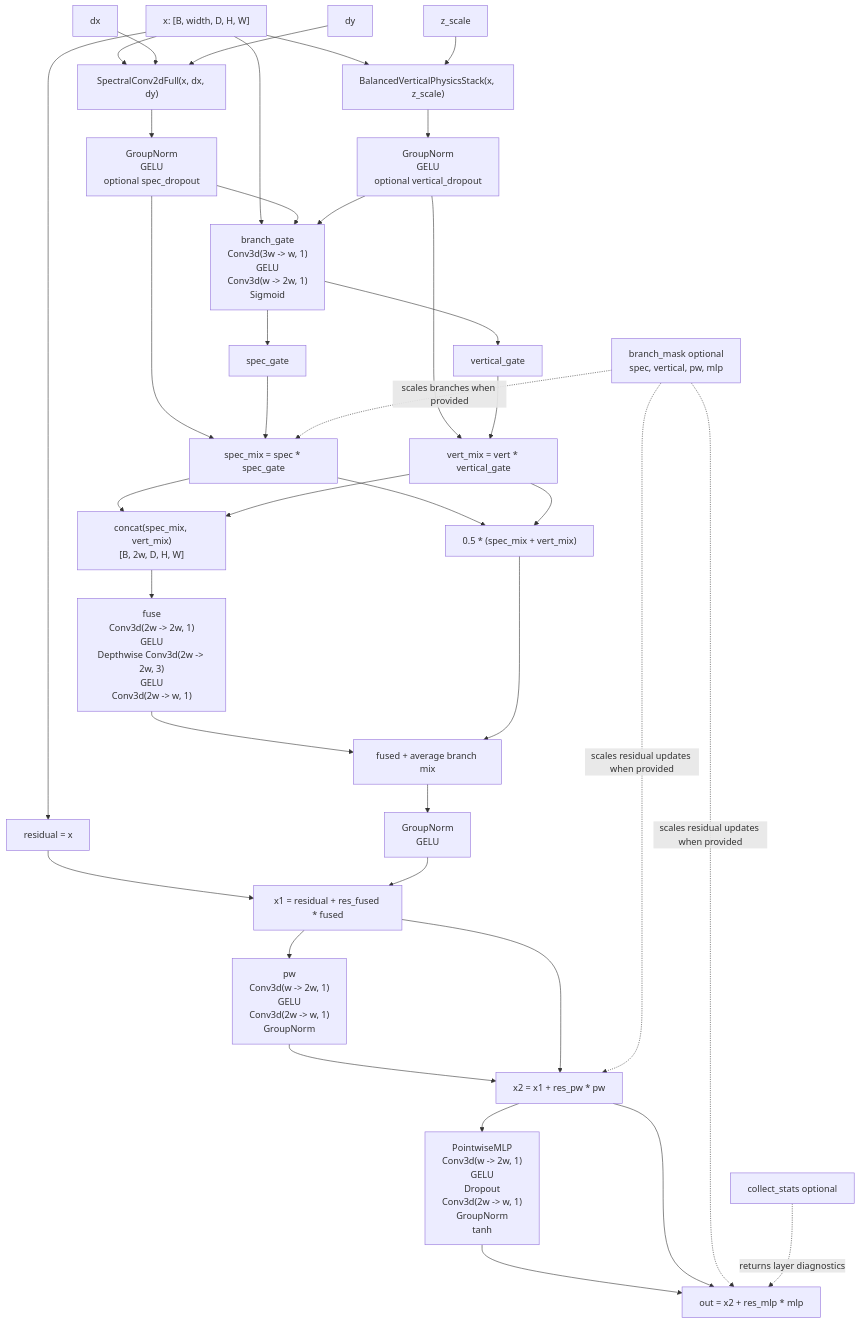
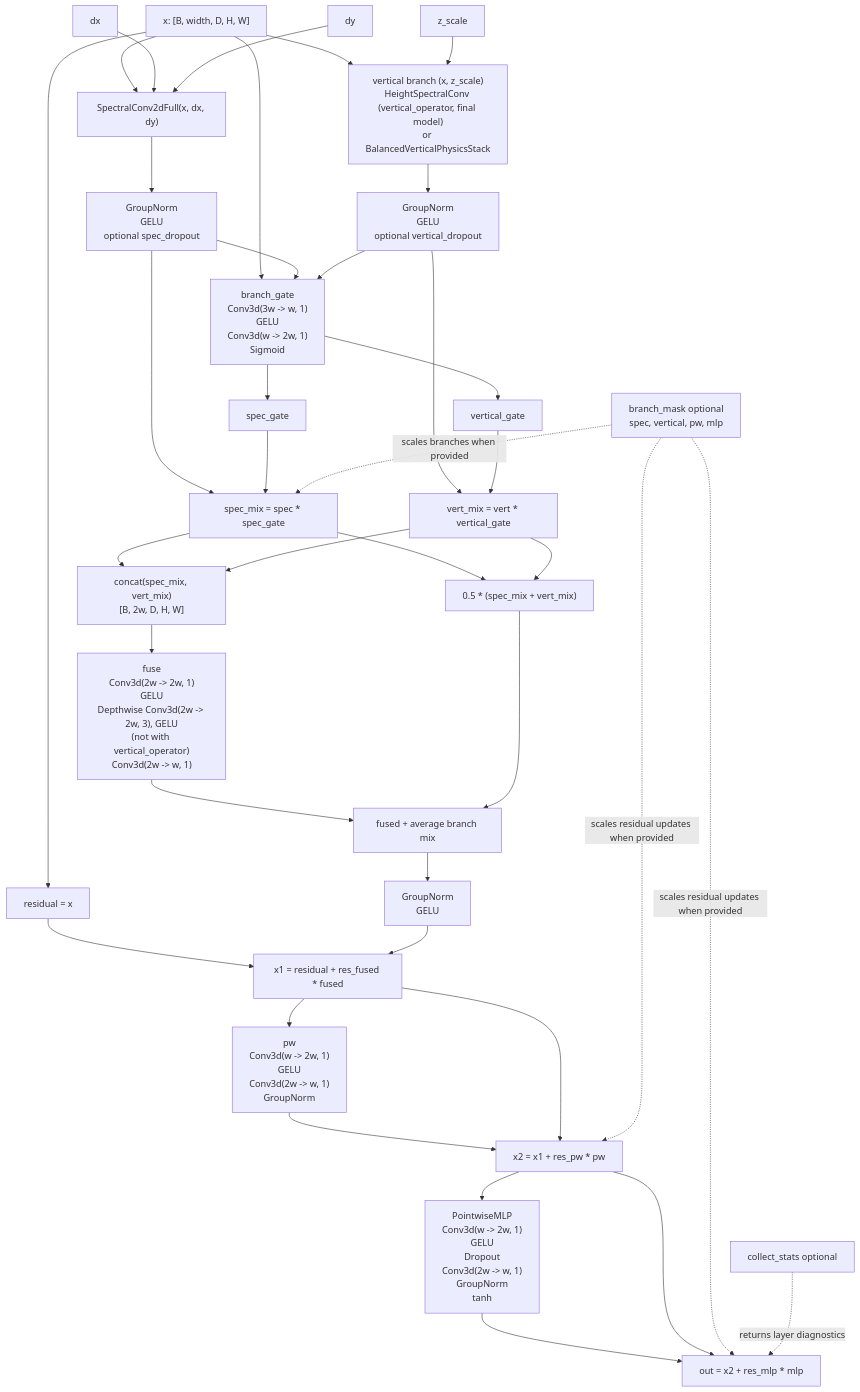
One commit to harshmathur1990/FFNOML changed the third of 6 diagrams in docs/ffno_model_flowchart.md. Above: the diagram before and after it, drawn with Mermaid. The commit also changed other lines of this file and 8 other files, not shown here.

First line of the commit message:
Docs: zaug is the final model

````diff
--- a/docs/ffno_model_flowchart.md
+++ b/docs/ffno_model_flowchart.md
@@ -53,47 +58,47 @@
 ```mermaid
 flowchart TD
     X["x: [B, width, D, H, W]"] --> RES["residual = x"]
 
     X --> SPEC["SpectralConv2dFull(x, dx, dy)"]
     DX["dx"] --> SPEC
     DY["dy"] --> SPEC
     SPEC --> NS["GroupNorm<br/>GELU<br/>optional spec_dropout"]
 
-    X --> VERT["BalancedVerticalPhysicsStack(x, z_scale)"]
+    X --> VERT["vertical branch (x, z_scale)<br/>HeightSpectralConv (vertical_operator, final model)<br/>or BalancedVerticalPhysicsStack"]
     Z["z_scale"] --> VERT
     VERT --> NV["GroupNorm<br/>GELU<br/>optional vertical_dropout"]
 
     X --> GATE["branch_gate<br/>Conv3d(3w -> w, 1)<br/>GELU<br/>Conv3d(w -> 2w, 1)<br/>Sigmoid"]
     NS --> GATE
     NV --> GATE
     GATE --> SG["spec_gate"]
     GATE --> VG["vertical_gate"]
 
     NS --> SMIX["spec_mix = spec * spec_gate"]
     SG --> SMIX
     NV --> VMIX["vert_mix = vert * vertical_gate"]
     VG --> VMIX
 
     SMIX --> CAT["concat(spec_mix, vert_mix)<br/>[B, 2w, D, H, W]"]
     VMIX --> CAT
-    CAT --> FUSE["fuse<br/>Conv3d(2w -> 2w, 1)<br/>GELU<br/>Depthwise Conv3d(2w -> 2w, 3)<br/>GELU<br/>Conv3d(2w -> w, 1)"]
+    CAT --> FUSE["fuse<br/>Conv3d(2w -> 2w, 1)<br/>GELU<br/>Depthwise Conv3d(2w -> 2w, 3), GELU<br/>(not with vertical_operator)<br/>Conv3d(2w -> w, 1)"]
     SMIX --> AVG["0.5 * (spec_mix + vert_mix)"]
     VMIX --> AVG
     FUSE --> FADD["fused + average branch mix"]
     AVG --> FADD
     FADD --> NF["GroupNorm<br/>GELU"]
 
     RES --> X1["x1 = residual + res_fused * fused"]
     NF --> X1
     X1 --> PW["pw<br/>Conv3d(w -> 2w, 1)<br/>GELU<br/>Conv3d(2w -> w, 1)<br/>GroupNorm"]
     PW --> X2["x2 = x1 + res_pw * pw"]
     X1 --> X2
     X2 --> MLP["PointwiseMLP<br/>Conv3d(w -> 2w, 1)<br/>GELU<br/>Dropout<br/>Conv3d(2w -> w, 1)<br/>GroupNorm<br/>tanh"]
     MLP --> OUT["out = x2 + res_mlp * mlp"]
     X2 --> OUT
 
     MASK["branch_mask optional<br/>spec, vertical, pw, mlp"] -. scales branches when provided .-> SMIX
     MASK -. scales residual updates when provided .-> X2
     MASK -. scales residual updates when provided .-> OUT
     STATS["collect_stats optional"] -. returns layer diagnostics .-> OUT
 ```
````
